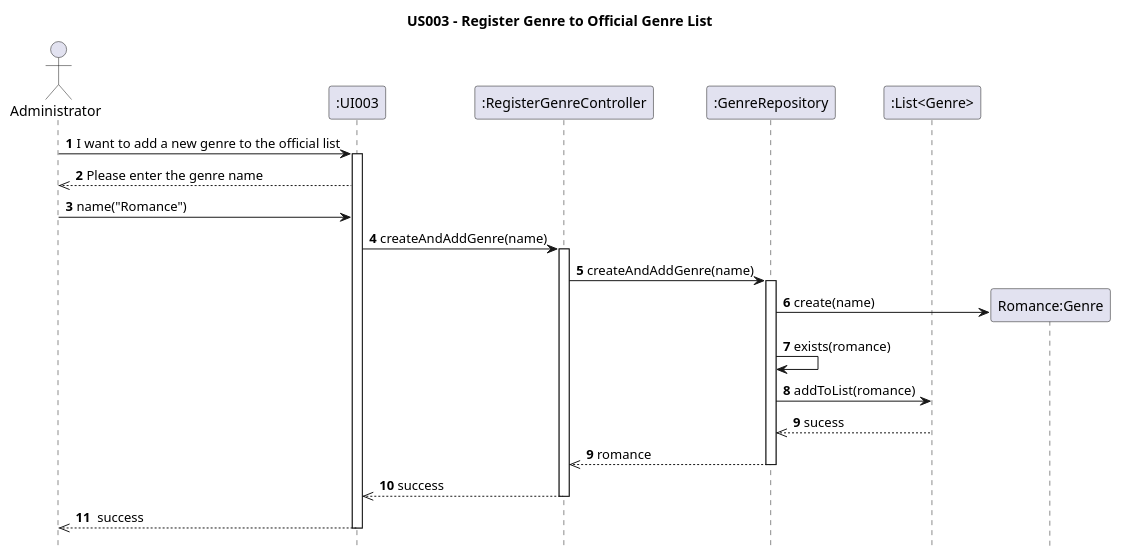
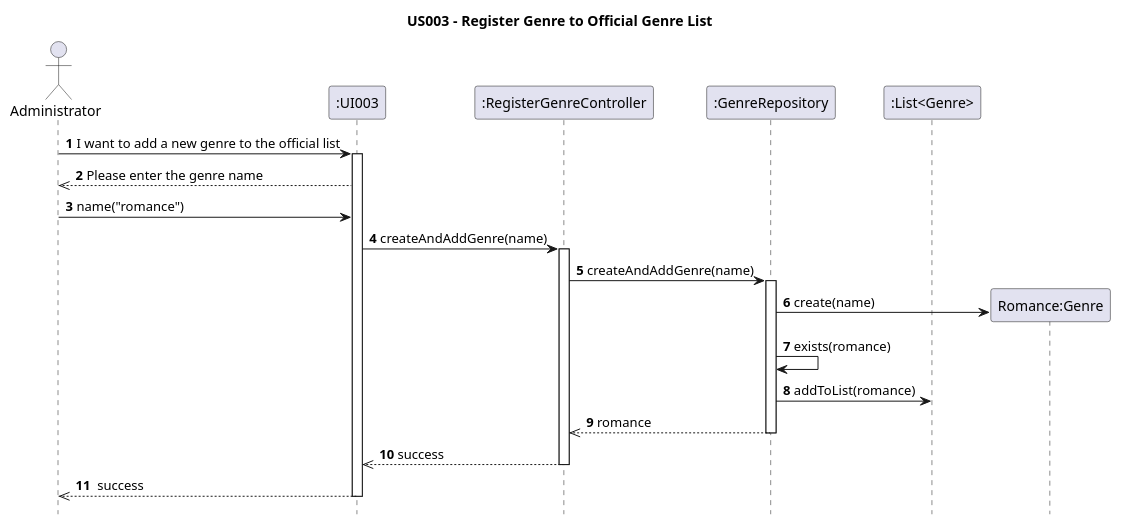
The diagram in Diagrams/SequenceDiagrams/N2/US003 -To-add-a-publication-genre-to-the-genre-list.puml (AndrePereiraGitH/SWitCH-Project-Team_A), drawn with PlantUML before and after one commit. The commit also changed 5 other files, not shown here.

```diff
--- a/Diagrams/SequenceDiagrams/N2/US003 -To-add-a-publication-genre-to-the-genre-list.puml
+++ b/Diagrams/SequenceDiagrams/N2/US003 -To-add-a-publication-genre-to-the-genre-list.puml
@@ -1,46 +1,45 @@
 @startuml
 hide footbox
 title US003 - Register Genre to Official Genre List
 
 
 actor Administrator
 participant ":UI003" as UI
 
 participant ":RegisterGenreController" as RegisterGenreController
 
 participant ":GenreRepository" as GenreRepository
 participant ":List<Genre>" as LG
 
 Administrator -> UI : **1** I want to add a new genre to the official list
 
 activate UI
 
 UI -->> Administrator : **2** Please enter the genre name
-Administrator -> UI : **3** name("Romance")
+Administrator -> UI : **3** name("romance")
 
 
 UI -> RegisterGenreController : **4** createAndAddGenre(name)
 activate RegisterGenreController
 
 RegisterGenreController -> GenreRepository : **5** createAndAddGenre(name)
 activate GenreRepository
 
   create "Romance:Genre" as Genre
 
   GenreRepository -> Genre : **6** create(name)
   GenreRepository -> GenreRepository : **7** exists(romance)
 
   GenreRepository -> LG : **8** addToList(romance)
-  LG -->> GenreRepository : **9** sucess
   GenreRepository  -->> RegisterGenreController : **9** romance
 
 
 deactivate GenreRepository
 
 RegisterGenreController -->> UI : **10** success
 deactivate RegisterGenreController
 
 UI -->> Administrator : **11**  success
 deactivate UI
 
 @enduml
```
